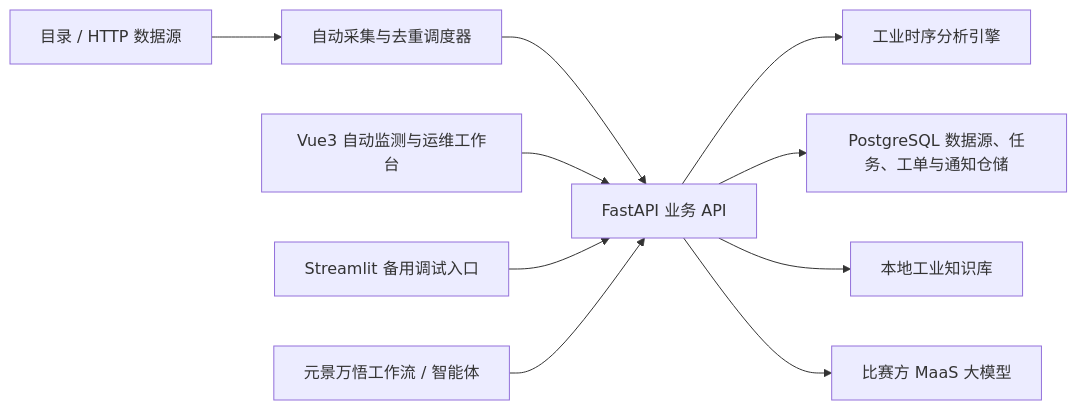
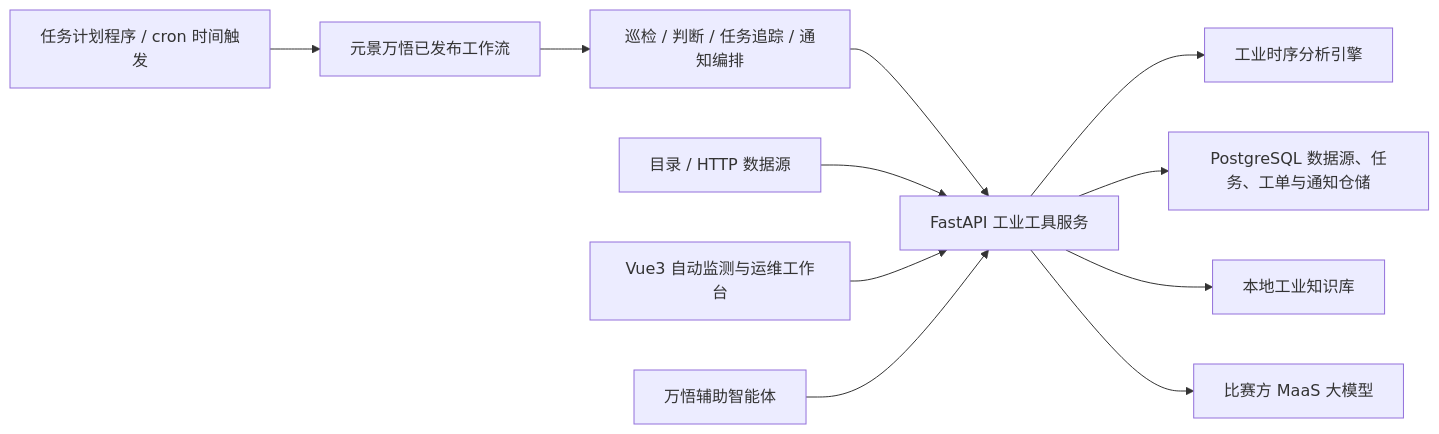
One commit to zerongzheng/shicha_qianji_agent changed the diagram in README.md. Above: the diagram before and after it, drawn with Mermaid. The commit also changed other lines of this file and 37 other files, not shown here.

````diff
--- a/README.md
+++ b/README.md
@@ -58,12 +68,13 @@
 ```mermaid
 flowchart LR
-    I["目录 / HTTP 数据源"] --> M["自动采集与去重调度器"]
-    M --> B["FastAPI 业务 API"]
+    T["任务计划程序 / cron 时间触发"] --> W["元景万悟已发布工作流"]
+    W --> M["巡检 / 判断 / 任务追踪 / 通知编排"]
+    M --> B["FastAPI 工业工具服务"]
+    I["目录 / HTTP 数据源"] --> B
     A["Vue3 自动监测与运维工作台"] --> B
-    S["Streamlit 备用调试入口"] --> B
-    W["元景万悟工作流 / 智能体"] --> B
+    Q["万悟辅助智能体"] --> B
     B --> C["工业时序分析引擎"]
     B --> D["PostgreSQL 数据源、任务、工单与通知仓储"]
     B --> E["本地工业知识库"]
     B --> F["比赛方 MaaS 大模型"]
 ```
````
